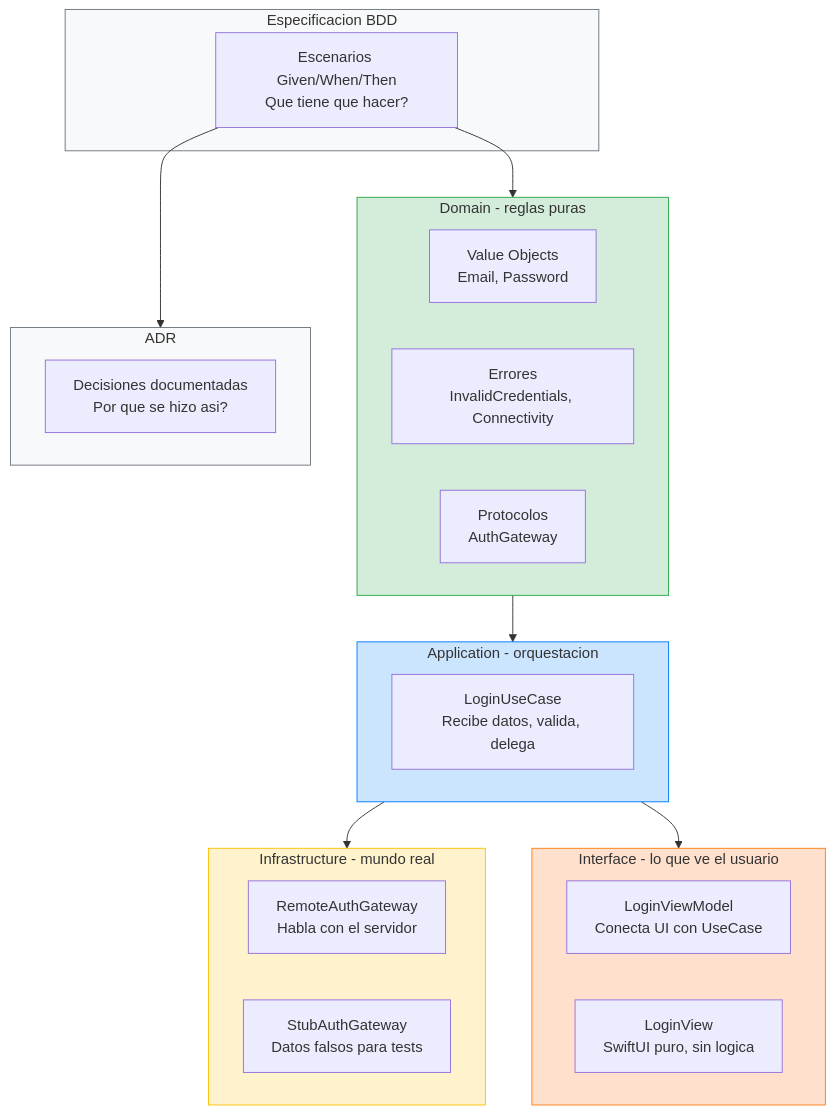
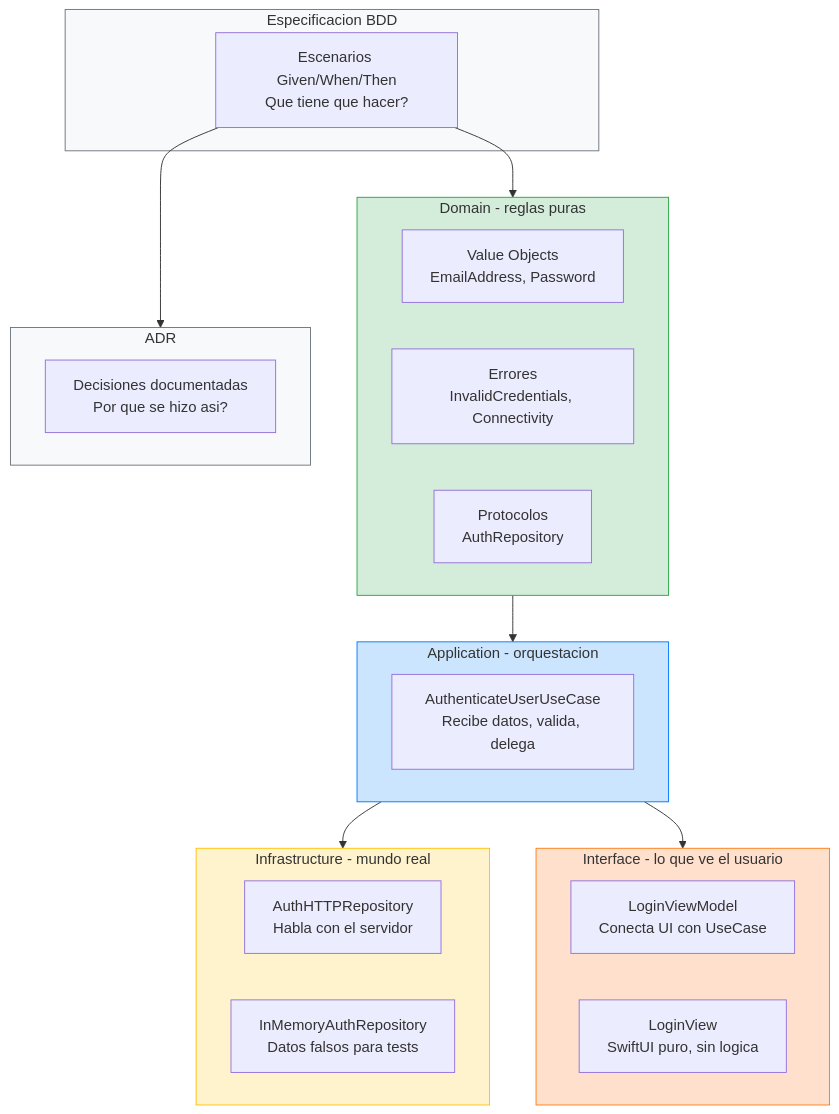
Before and after one commit to SwiftEnProfundidad/stack-my-architecture-ios: the second of 6 diagrams in 01-fundamentos/00-introduccion.md, drawn with Mermaid. The commit also changed other lines of this file and 50 other files, not shown here.

````diff
--- a/01-fundamentos/00-introduccion.md
+++ b/01-fundamentos/00-introduccion.md
@@ -118,46 +146,46 @@
 ```mermaid
 graph TD
     subgraph BDD["Especificacion BDD"]
         SPEC["Escenarios Given/When/Then<br/>Que tiene que hacer?"]
     end
 
     subgraph DOMAIN["Domain - reglas puras"]
         direction LR
-        VO["Value Objects<br/>Email, Password"]
+        VO["Value Objects<br/>EmailAddress, Password"]
         ERR["Errores<br/>InvalidCredentials, Connectivity"]
-        PROTO["Protocolos<br/>AuthGateway"]
+        PROTO["Protocolos<br/>AuthRepository"]
     end
 
     subgraph APPLICATION["Application - orquestacion"]
-        UC["LoginUseCase<br/>Recibe datos, valida, delega"]
+        UC["AuthenticateUserUseCase<br/>Recibe datos, valida, delega"]
     end
 
     subgraph INFRASTRUCTURE["Infrastructure - mundo real"]
         direction LR
-        REMOTE["RemoteAuthGateway<br/>Habla con el servidor"]
-        STUB["StubAuthGateway<br/>Datos falsos para tests"]
+        REMOTE["AuthHTTPRepository<br/>Habla con el servidor"]
+        STUB["InMemoryAuthRepository<br/>Datos falsos para tests"]
     end
 
     subgraph INTERFACE["Interface - lo que ve el usuario"]
         direction LR
         VM["LoginViewModel<br/>Conecta UI con UseCase"]
         VIEW["LoginView<br/>SwiftUI puro, sin logica"]
     end
 
     subgraph ADR["ADR"]
         DOC["Decisiones documentadas<br/>Por que se hizo asi?"]
     end
 
     SPEC --> DOMAIN
     DOMAIN --> APPLICATION
     APPLICATION --> INFRASTRUCTURE
     APPLICATION --> INTERFACE
     SPEC --> ADR
 
     style BDD fill:#f8f9fa,stroke:#6c757d
     style DOMAIN fill:#d4edda,stroke:#28a745
     style APPLICATION fill:#cce5ff,stroke:#007bff
     style INFRASTRUCTURE fill:#fff3cd,stroke:#ffc107
     style INTERFACE fill:#ffe0cc,stroke:#fd7e14
     style ADR fill:#f8f9fa,stroke:#6c757d
 ```
````
